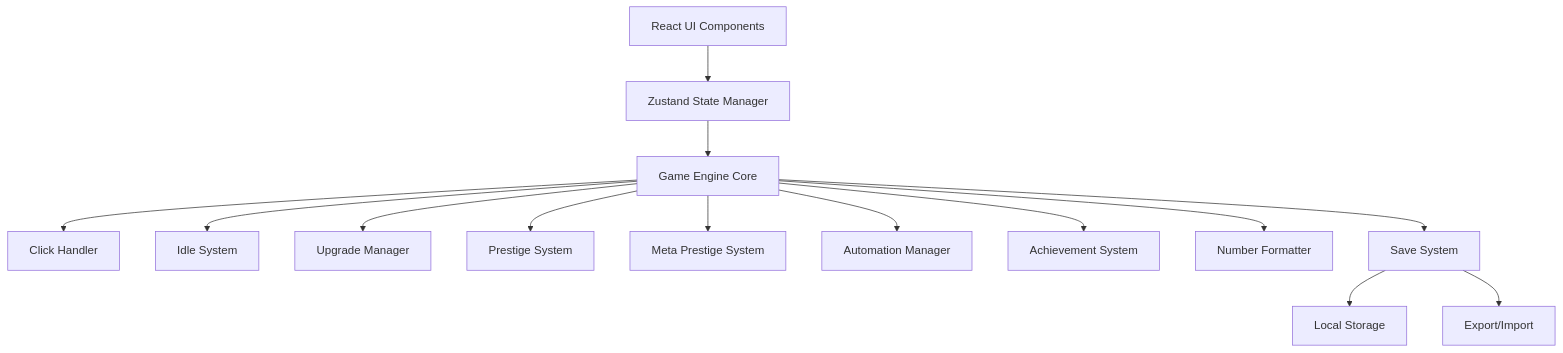
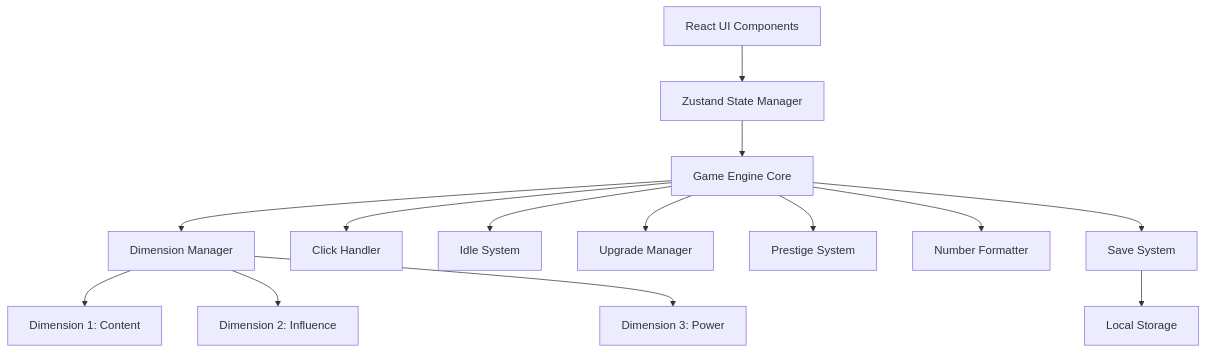
One commit to scottholdren/idle-clicker-game changed the diagram in .kiro/specs/idle-clicker-game/design.md. Above: the diagram before and after it, drawn with Mermaid. The commit also changed other lines of this file and 36 other files, not shown here.

First line of the commit message:
feat: engagement as purchasable upgrade + dimension shifting system

````diff
--- a/.kiro/specs/idle-clicker-game/design.md
+++ b/.kiro/specs/idle-clicker-game/design.md
@@ -43,16 +222,16 @@
 ```mermaid
 graph TB
     UI[React UI Components] --> SM[Zustand State Manager]
     SM --> GE[Game Engine Core]
+    GE --> DM[Dimension Manager]
+    DM --> D1[Dimension 1: Content]
+    DM --> D2[Dimension 2: Influence]
+    DM --> D3[Dimension 3: Power]
     GE --> CH[Click Handler]
     GE --> IS[Idle System]
     GE --> UM[Upgrade Manager]
     GE --> PS[Prestige System]
-    GE --> MPS[Meta Prestige System]
-    GE --> AM[Automation Manager]
-    GE --> AS[Achievement System]
     GE --> NF[Number Formatter]
     GE --> SS[Save System]
     SS --> LS[Local Storage]
-    SS --> EI[Export/Import]
 ```
````
